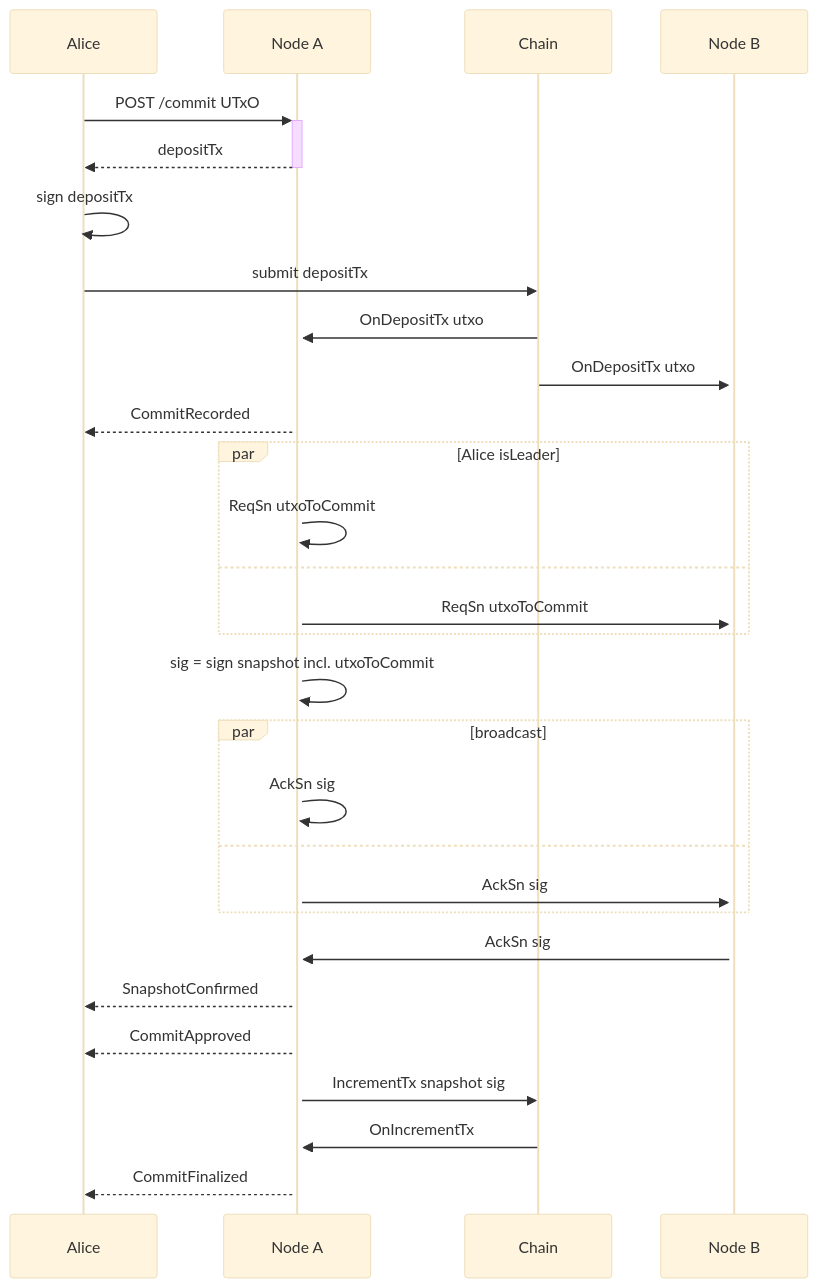
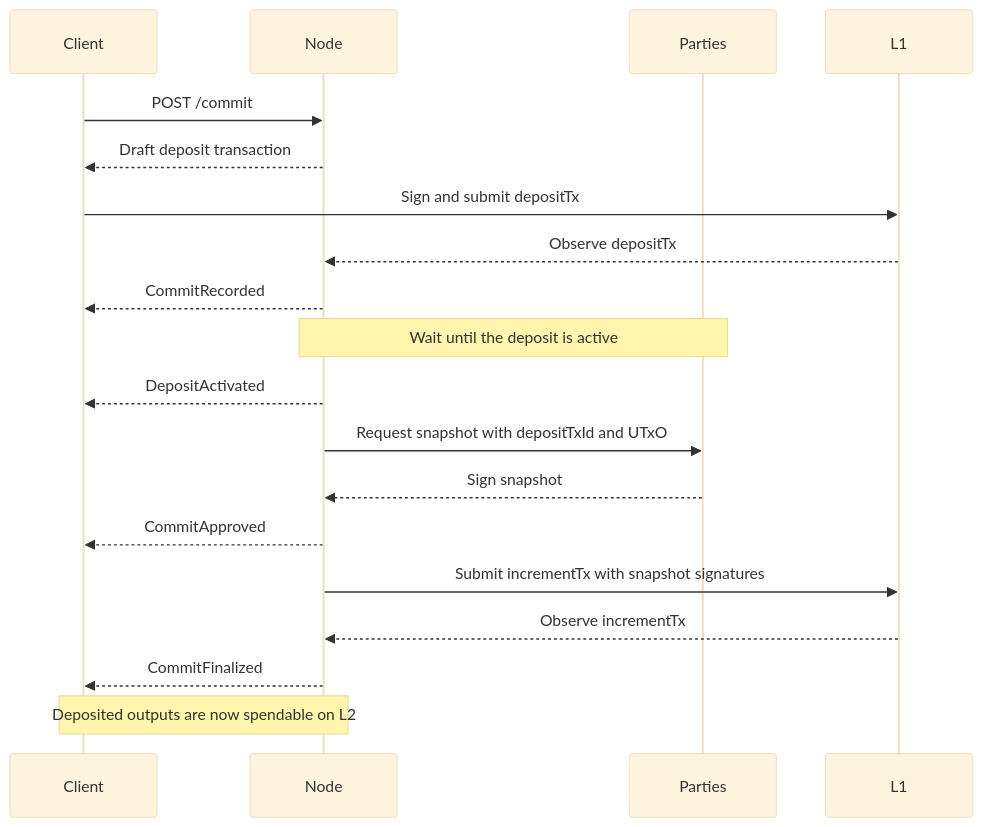
The first of 4 diagrams in docs/docs/dev/protocol.md (cardano-scaling/hydra), drawn with Mermaid (base theme) before and after one commit. The commit also changed other lines of this file and 97 other files, not shown here.

````diff
--- a/docs/docs/dev/protocol.md
+++ b/docs/docs/dev/protocol.md
@@ -36,35 +24,21 @@
 ```mermaid
 sequenceDiagram
-    Alice->>+Node A: POST /commit UTxO
-    Node A-->>-Alice: depositTx
-
-    Alice ->> Alice: sign depositTx
-    Alice ->> Chain: submit depositTx
-
-    Chain ->>+ Node A: OnDepositTx utxo
-    Chain ->>+ Node B: OnDepositTx utxo
-
-    Node A -->> Alice: CommitRecorded
-
-    par Alice isLeader
-        Node A->>Node A: ReqSn utxoToCommit
-    and
-        Node A->>Node B: ReqSn utxoToCommit
-    end
-
-    Node A->>Node A: sig = sign snapshot incl. utxoToCommit
-
-    par broadcast
-        Node A->>Node A: AckSn sig
-    and
-        Node A->>Node B: AckSn sig
-    end
-    Node B->>Node A: AckSn sig
-    Node A -->> Alice: SnapshotConfirmed
-
-    Node A -->> Alice: CommitApproved
-
-    Node A ->> Chain: IncrementTx snapshot sig
-    Chain ->> Node A: OnIncrementTx
-    Node A -->> Alice: CommitFinalized
+    participant Client
+    participant Node
+    participant Parties
+    participant L1
+    Client->>Node: POST /commit
+    Node-->>Client: Draft deposit transaction
+    Client->>L1: Sign and submit depositTx
+    L1-->>Node: Observe depositTx
+    Node-->>Client: CommitRecorded
+    Note over Node,Parties: Wait until the deposit is active
+    Node-->>Client: DepositActivated
+    Node->>Parties: Request snapshot with depositTxId and UTxO
+    Parties-->>Node: Sign snapshot
+    Node-->>Client: CommitApproved
+    Node->>L1: Submit incrementTx with snapshot signatures
+    L1-->>Node: Observe incrementTx
+    Node-->>Client: CommitFinalized
+    Note over Client,Node: Deposited outputs are now spendable on L2
 ```
````
